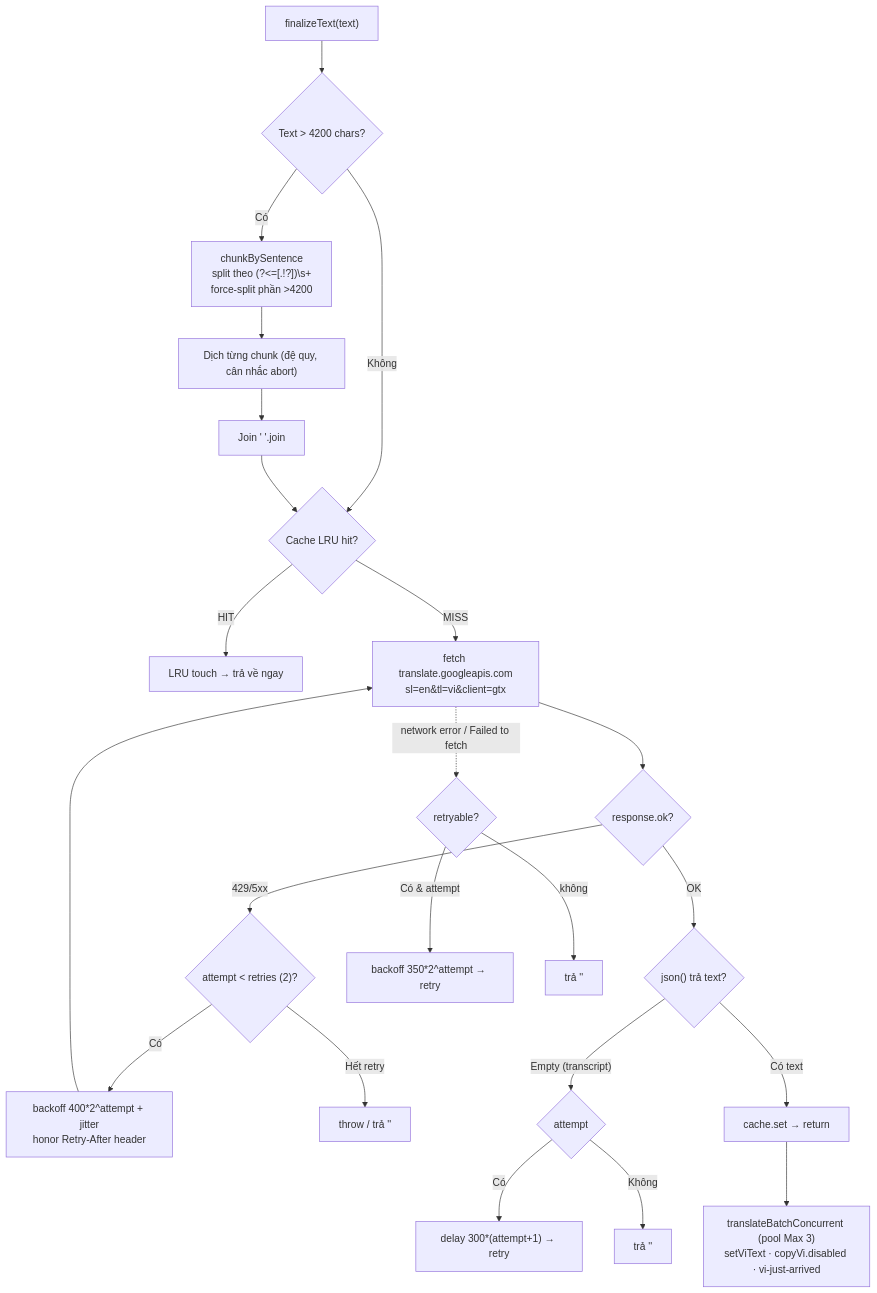
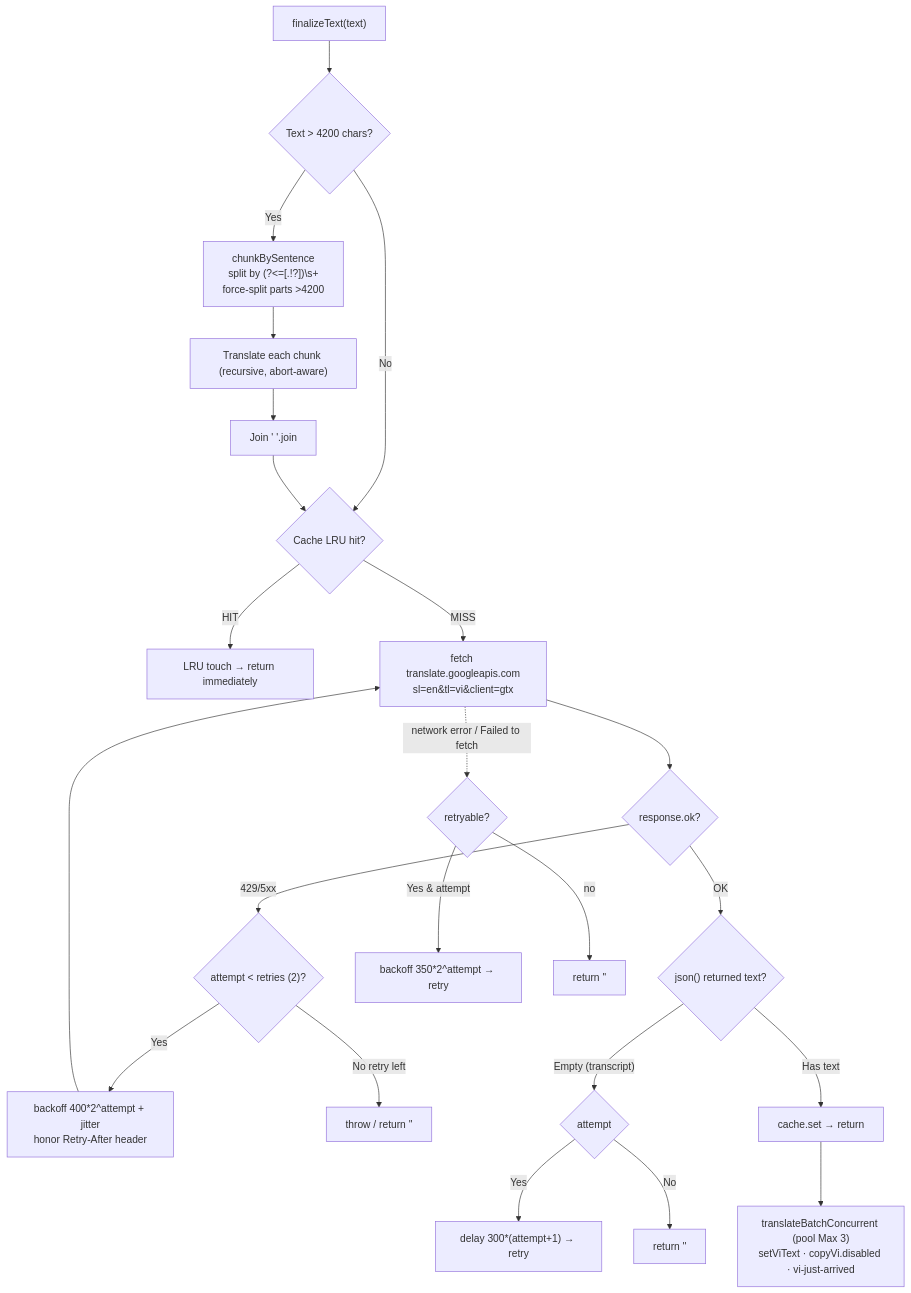
The fourth of 9 diagrams in README.md (nbhson/app-live-translate-extension), drawn with Mermaid before and after one commit. The commit also changed other lines of this file, not shown here.

First line of the commit message:
docs: translate README to English

````diff
--- a/README.md
+++ b/README.md
@@ -149,28 +149,28 @@
 ```mermaid
 flowchart TD
     A["finalizeText(text)"] --> B{"Text > 4200 chars?"}
-    B -- "Có" --> C["chunkBySentence<br/>split theo (?&lt;=[.!?])\s+<br/>force-split phần &gt;4200"]
-    C --> D["Dịch từng chunk (đệ quy, cân nhắc abort)"]
+    B -- "Yes" --> C["chunkBySentence<br/>split by (?<=[.!?])\s+<br/>force-split parts >4200"]
+    C --> D["Translate each chunk (recursive, abort-aware)"]
     D --> E["Join ' '.join"]
-    B -- "Không" --> F{"Cache LRU hit?"}
+    B -- "No" --> F{"Cache LRU hit?"}
     E --> F
-    F -- "HIT" --> G["LRU touch → trả về ngay"]
+    F -- "HIT" --> G["LRU touch → return immediately"]
     F -- "MISS" --> H["fetch translate.googleapis.com<br/>sl=en&tl=vi&client=gtx"]
 
     H --> I{"response.ok?"}
     I -- "429/5xx" --> J{"attempt < retries (2)?"}
-    J -- "Có" --> K["backoff 400*2^attempt + jitter<br/>honor Retry-After header"]
+    J -- "Yes" --> K["backoff 400*2^attempt + jitter<br/>honor Retry-After header"]
     K --> H
-    J -- "Hết retry" --> L["throw / trả ''"]
-    I -- "OK" --> M{"json() trả text?"}
+    J -- "No retry left" --> L["throw / return ''"]
+    I -- "OK" --> M{"json() returned text?"}
     M -- "Empty (transcript)" --> N{"attempt<retries?"}
-    N -- "Có" --> O["delay 300*(attempt+1) → retry"]
-    N -- "Không" --> P["trả ''"]
-    M -- "Có text" --> Q["cache.set → return"]
+    N -- "Yes" --> O["delay 300*(attempt+1) → retry"]
+    N -- "No" --> P["return ''"]
+    M -- "Has text" --> Q["cache.set → return"]
 
     H -.->|"network error / Failed to fetch"| R{"retryable?"}
-    R -- "Có & attempt<retries" --> S["backoff 350*2^attempt → retry"]
-    R -- "không" --> T["trả ''"]
+    R -- "Yes & attempt<retries" --> S["backoff 350*2^attempt → retry"]
+    R -- "no" --> T["return ''"]
 
     Q --> U["translateBatchConcurrent (pool Max 3)<br/>setViText · copyVi.disabled · vi-just-arrived"]
 ```
````
